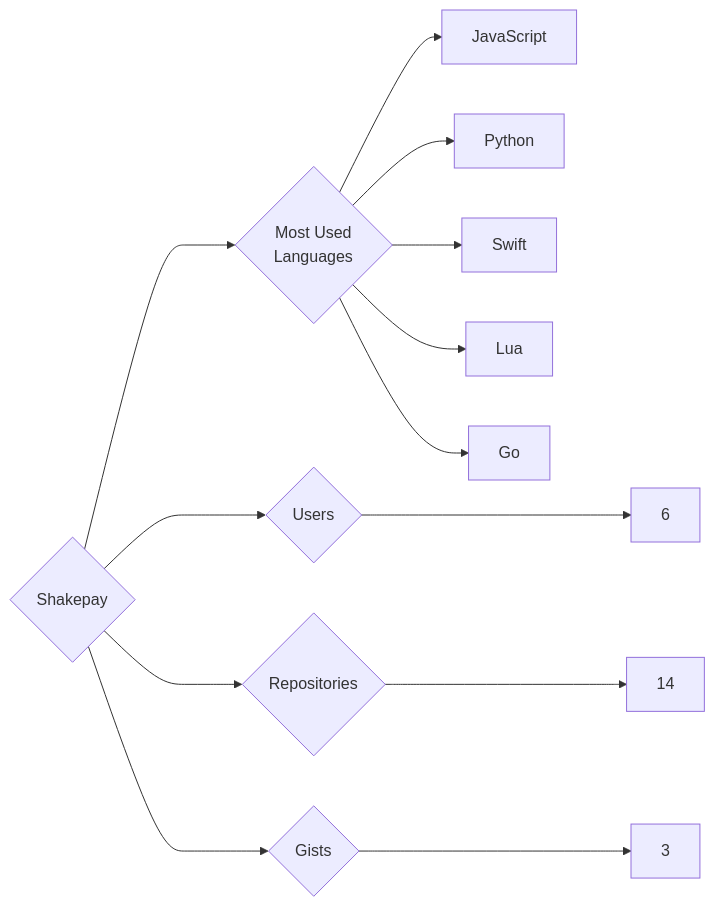
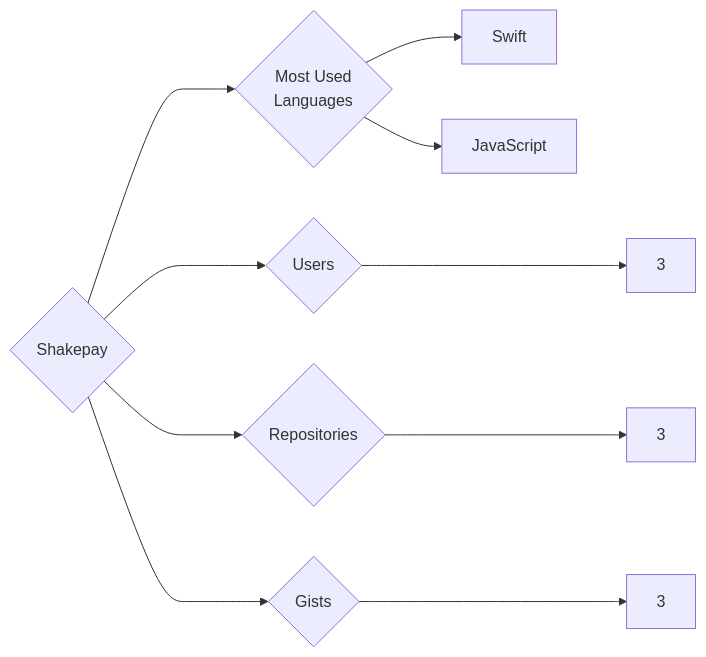
The diagram in targets/Shakepay/README.md (trickest/insiders), drawn with Mermaid before and after one commit. The commit also changed 787 other files, not shown here.

````diff
--- a/targets/Shakepay/README.md
+++ b/targets/Shakepay/README.md
@@ -3,13 +3,10 @@
 ```mermaid
 graph LR
 COMPANY_NAME{Shakepay}
-COMPANY_NAME ---> U{Users} ---> UN[6]
-COMPANY_NAME ---> R{Repositories} ---> RN[14]
+COMPANY_NAME ---> U{Users} ---> UN[3]
+COMPANY_NAME ---> R{Repositories} ---> RN[3]
 COMPANY_NAME ---> G{Gists} ---> GN[3]
 COMPANY_NAME ---> ML{Most Used<br>Languages}
+ML --> Swift[Swift]
 ML --> JavaScript[JavaScript]
-ML --> Python[Python]
-ML --> Swift[Swift]
-ML --> Lua[Lua]
-ML --> Go[Go]
 ```
````
